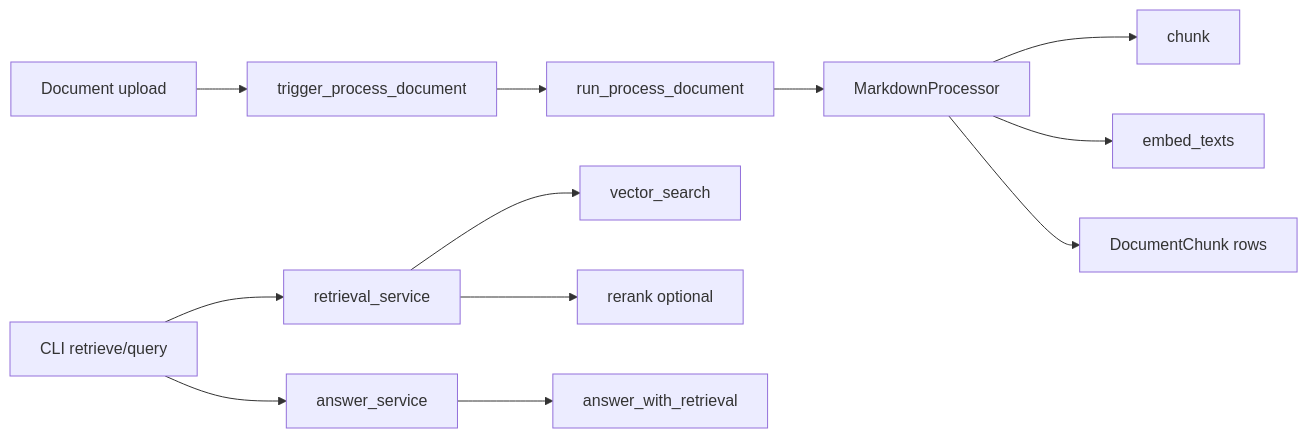
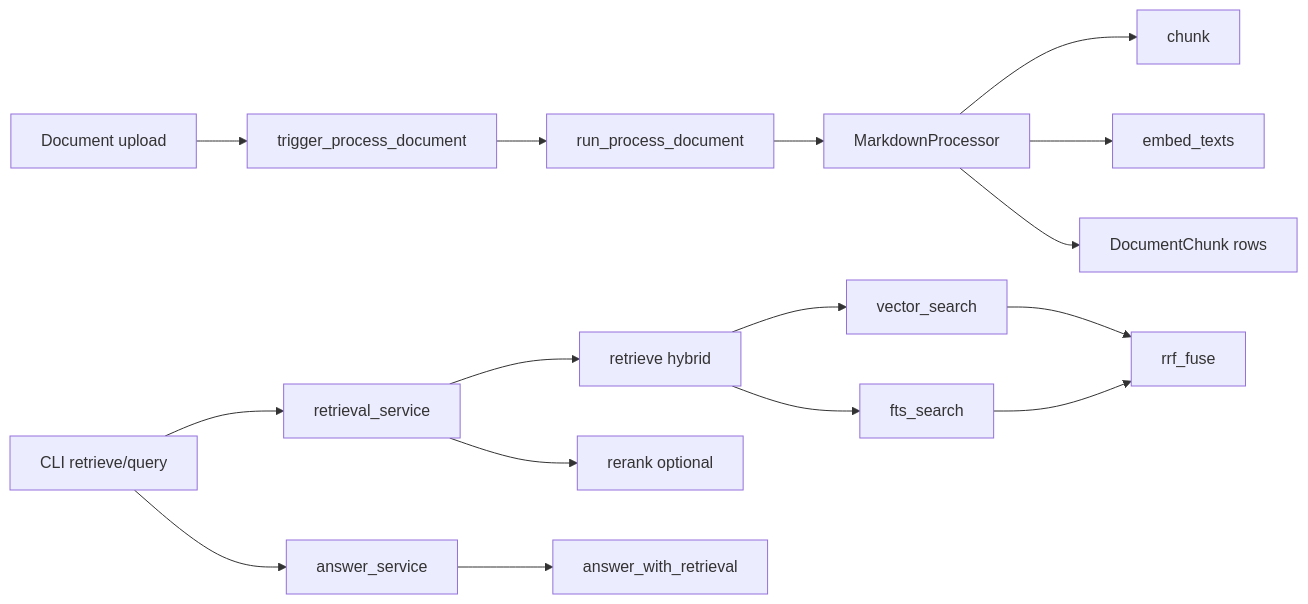
The diagram in docs/RAG.md (dgallantino/rag-crawler-api), drawn with Mermaid before and after one commit. The commit also changed other lines of this file and 1 other file, not shown here.

Commit message:
docs(rag): document hybrid search and mark HNSW/FTS roadmap done

````diff
--- a/docs/RAG.md
+++ b/docs/RAG.md
@@ -19,14 +19,18 @@
 ```mermaid
 flowchart LR
   Upload[Document upload] --> Trigger[trigger_process_document]
   Trigger --> Celery[run_process_document]
   Celery --> Proc[MarkdownProcessor]
   Proc --> Chunk[chunk]
   Proc --> Embed[embed_texts]
   Proc --> Store[DocumentChunk rows]
   Query[CLI retrieve/query] --> RS[retrieval_service]
-  RS --> Ret[vector_search]
+  RS --> Ret[retrieve hybrid]
+  Ret --> Dense[vector_search]
+  Ret --> FTS[fts_search]
+  Dense --> RRF[rrf_fuse]
+  FTS --> RRF
   RS --> Rerank[rerank optional]
   Query --> Ans[answer_service]
   Ans --> Gen[answer_with_retrieval]
 ```
````
